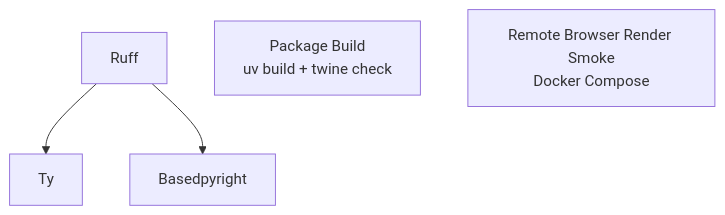
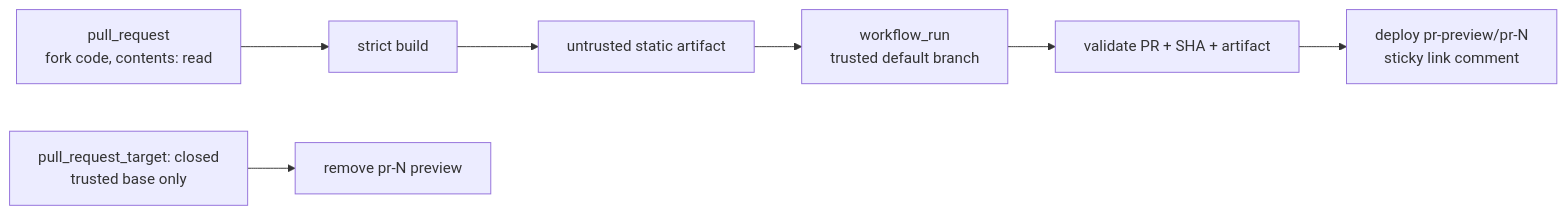
One commit to kexue-z/nonebot-plugin-htmlrender changed the diagram in docs/maintainers/quality/ci-actions.md. Above: the diagram before and after it, drawn with Mermaid. The commit also changed other lines of this file and 5 other files, not shown here.

````diff
--- a/docs/maintainers/quality/ci-actions.md
+++ b/docs/maintainers/quality/ci-actions.md
@@ -31,7 +80,9 @@
 ```mermaid
-flowchart TD
-    A["Ruff"] --> B["Ty"]
-    A --> C["Basedpyright"]
-    D["Package Build<br/>uv build + twine check"]
-    E["Remote Browser Render Smoke<br/>Docker Compose"]
+flowchart LR
+    A["pull_request<br/>fork code, contents: read"] --> B["strict build"]
+    B --> C["untrusted static artifact"]
+    C --> D["workflow_run<br/>trusted default branch"]
+    D --> E["validate PR + SHA + artifact"]
+    E --> F["deploy pr-preview/pr-N<br/>sticky link comment"]
+    G["pull_request_target: closed<br/>trusted base only"] --> H["remove pr-N preview"]
 ```
````
